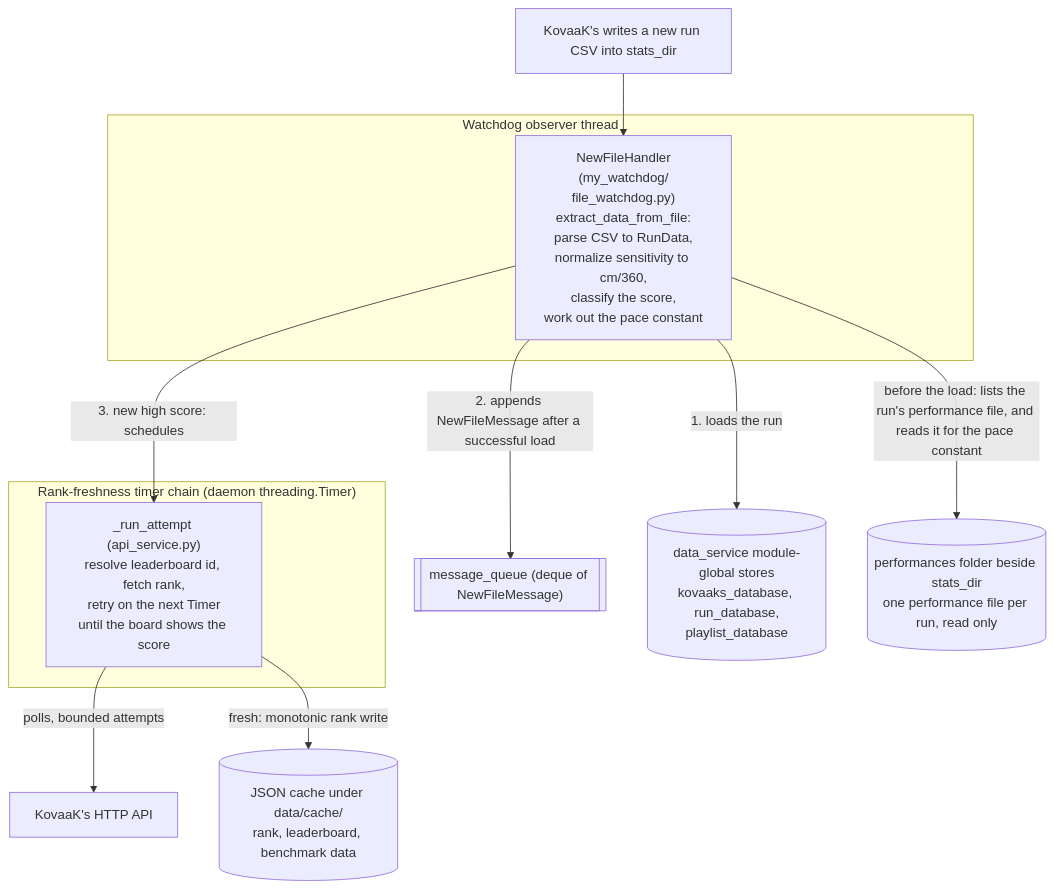
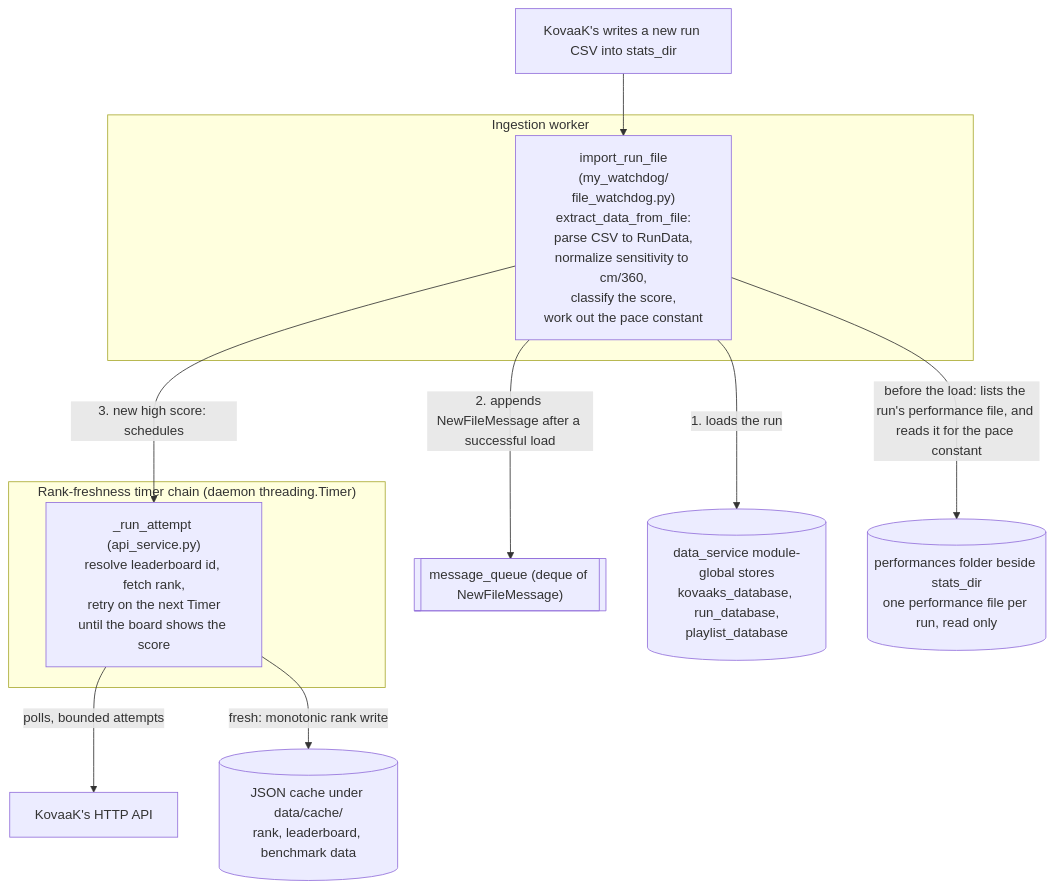
One commit to MingoDynasty/Corporate-Serf-Dashboard changed the first of 3 diagrams in docs/architecture.md. Above: the diagram before and after it, drawn with Mermaid. The commit also changed other lines of this file and 13 other files, not shown here.

Commit message:
Schedule run ingestion without blocking filesystem events

````diff
--- a/docs/architecture.md
+++ b/docs/architecture.md
@@ -45,26 +48,26 @@
 ```mermaid
 flowchart TD
     Game["KovaaK's writes a new run CSV into stats_dir"]
 
-    subgraph Watchdog["Watchdog observer thread"]
-        Handler["NewFileHandler<br/>(my_watchdog/<br/>file_watchdog.py)<br/>extract_data_from_file:<br/>parse CSV to RunData,<br/>normalize sensitivity to cm/360,<br/>classify the score,<br/>work out the pace constant"]
+    subgraph Watchdog["Ingestion worker"]
+        Handler["import_run_file<br/>(my_watchdog/<br/>file_watchdog.py)<br/>extract_data_from_file:<br/>parse CSV to RunData,<br/>normalize sensitivity to cm/360,<br/>classify the score,<br/>work out the pace constant"]
     end
 
     subgraph Timers["Rank-freshness timer chain (daemon threading.Timer)"]
         Attempt["_run_attempt (api_service.py)<br/>resolve leaderboard id, fetch rank,<br/>retry on the next Timer<br/>until the board shows the score"]
     end
 
     Queue[["message_queue (deque of NewFileMessage)"]]
     Stores[("data_service module-global stores<br/>kovaaks_database, run_database,<br/>playlist_database")]
     Cache[("JSON cache under data/cache/<br/>rank, leaderboard, benchmark data")]
     API["KovaaK's HTTP API"]
     Perf[("performances folder beside stats_dir<br/>one performance file per run, read only")]
 
     Game --> Handler
     Handler -->|"before the load: lists the run's performance file, and reads it for the pace constant"| Perf
     Handler -->|"1. loads the run"| Stores
     Handler -->|"2. appends NewFileMessage after a successful load"| Queue
     Handler -->|"3. new high score: schedules"| Attempt
     Attempt -->|"polls, bounded attempts"| API
     Attempt -->|"fresh: monotonic rank write"| Cache
 ```
````
